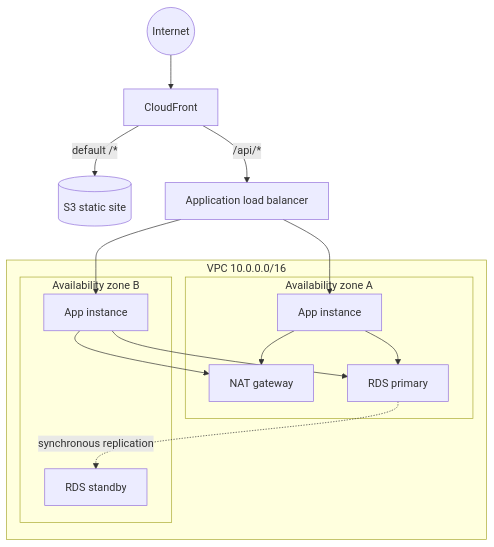
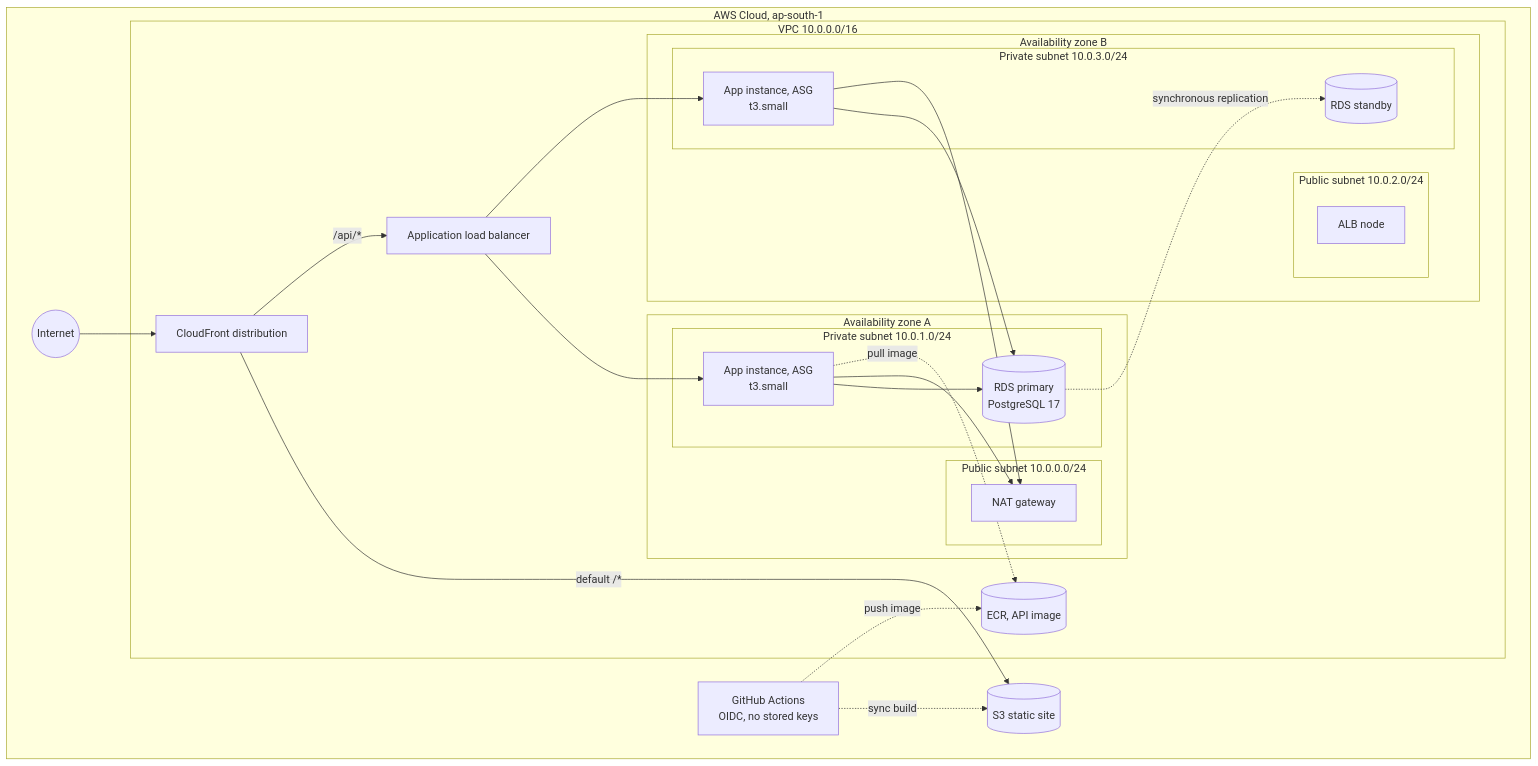
One commit to GuptaOum/erp-crm-operations-portal changed the third of 3 diagrams in README.md. Above: the diagram before and after it, drawn with Mermaid. The commit also changed other lines of this file and 12 other files, not shown here.

First line of the commit message:
Enforce unique customer mobile, add a follow up queue and the final architecture diagram

````diff
--- a/README.md
+++ b/README.md
@@ -123,24 +124,50 @@
 ```mermaid
 flowchart TB
-  users((Internet)) --> cf[CloudFront]
-  cf -->|"default /*"| s3[(S3 static site)]
-  cf -->|"/api/*"| alb[Application load balancer]
-  subgraph vpc["VPC 10.0.0.0/16"]
-    subgraph aza["Availability zone A"]
-      nat[NAT gateway]
-      app1["App instance"]
-      rds1["RDS primary"]
-    end
-    subgraph azb["Availability zone B"]
-      app2["App instance"]
-      rds2["RDS standby"]
+  users((Internet))
+  gha["GitHub Actions<br/>OIDC, no stored keys"]
+
+  subgraph aws["AWS Cloud, ap-south-1"]
+    cf["CloudFront distribution"]
+    site[("S3 static site")]
+    ecr[("ECR, API image")]
+
+    users --> cf
+    cf -->|"default /*"| site
+    gha -. "sync build" .-> site
+    gha -. "push image" .-> ecr
+
+    subgraph vpc["VPC 10.0.0.0/16"]
+      alb["Application load balancer"]
+      cf -->|"/api/*"| alb
+
+      subgraph aza["Availability zone A"]
+        subgraph puba["Public subnet 10.0.0.0/24"]
+          nat["NAT gateway"]
+        end
+        subgraph priva["Private subnet 10.0.1.0/24"]
+          app1["App instance, ASG<br/>t3.small"]
+          rds1[("RDS primary<br/>PostgreSQL 17")]
+        end
+      end
+
+      subgraph azb["Availability zone B"]
+        subgraph pubb["Public subnet 10.0.2.0/24"]
+          albnode["ALB node"]
+        end
+        subgraph privb["Private subnet 10.0.3.0/24"]
+          app2["App instance, ASG<br/>t3.small"]
+          rds2[("RDS standby")]
+        end
+      end
+
+      alb --> app1
+      alb --> app2
+      app1 --> rds1
+      app2 --> rds1
+      rds1 -. "synchronous replication" .-> rds2
+      app1 --> nat
+      app2 --> nat
+      app1 -. "pull image" .-> ecr
     end
   end
-  alb --> app1
-  alb --> app2
-  app1 --> rds1
-  app2 --> rds1
-  rds1 -. "synchronous replication" .-> rds2
-  app1 --> nat
-  app2 --> nat
 ```
````
